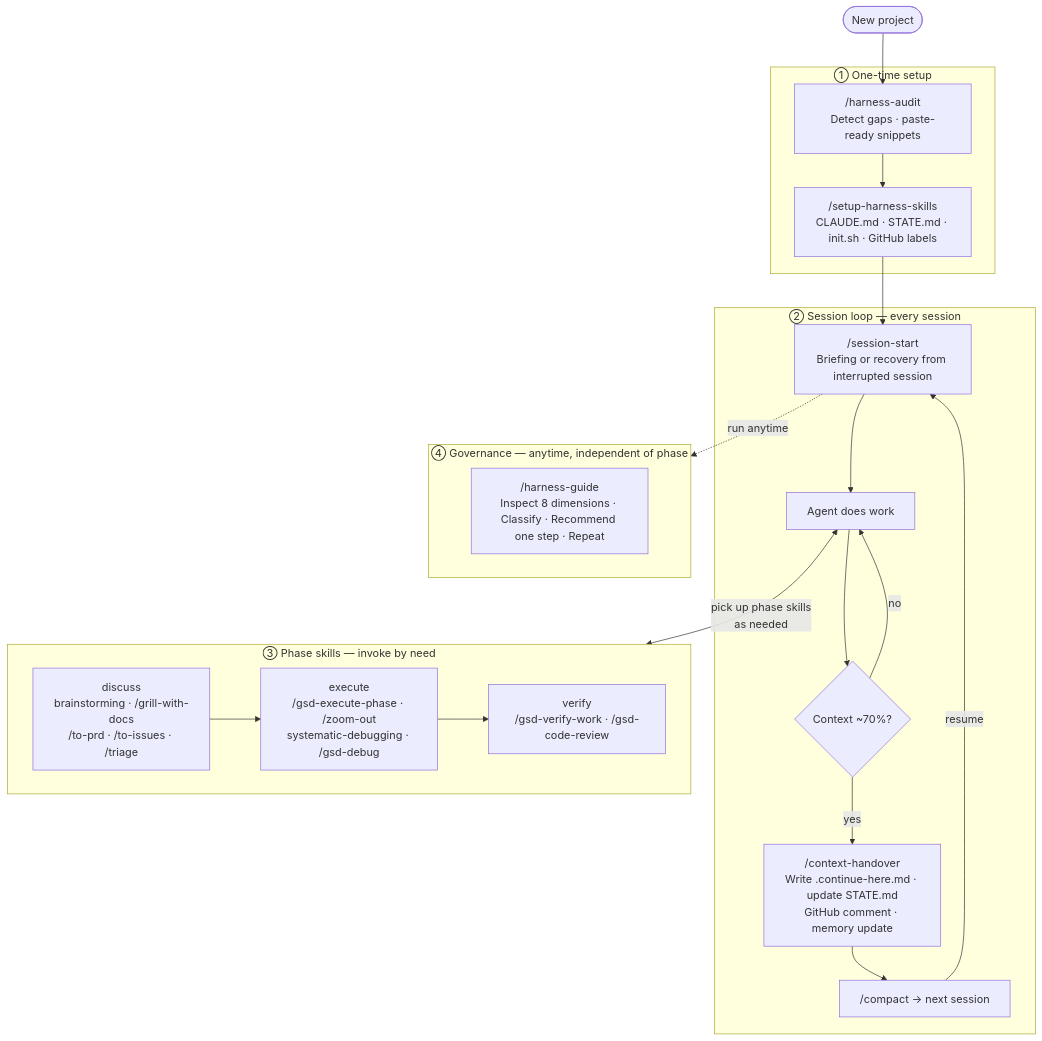
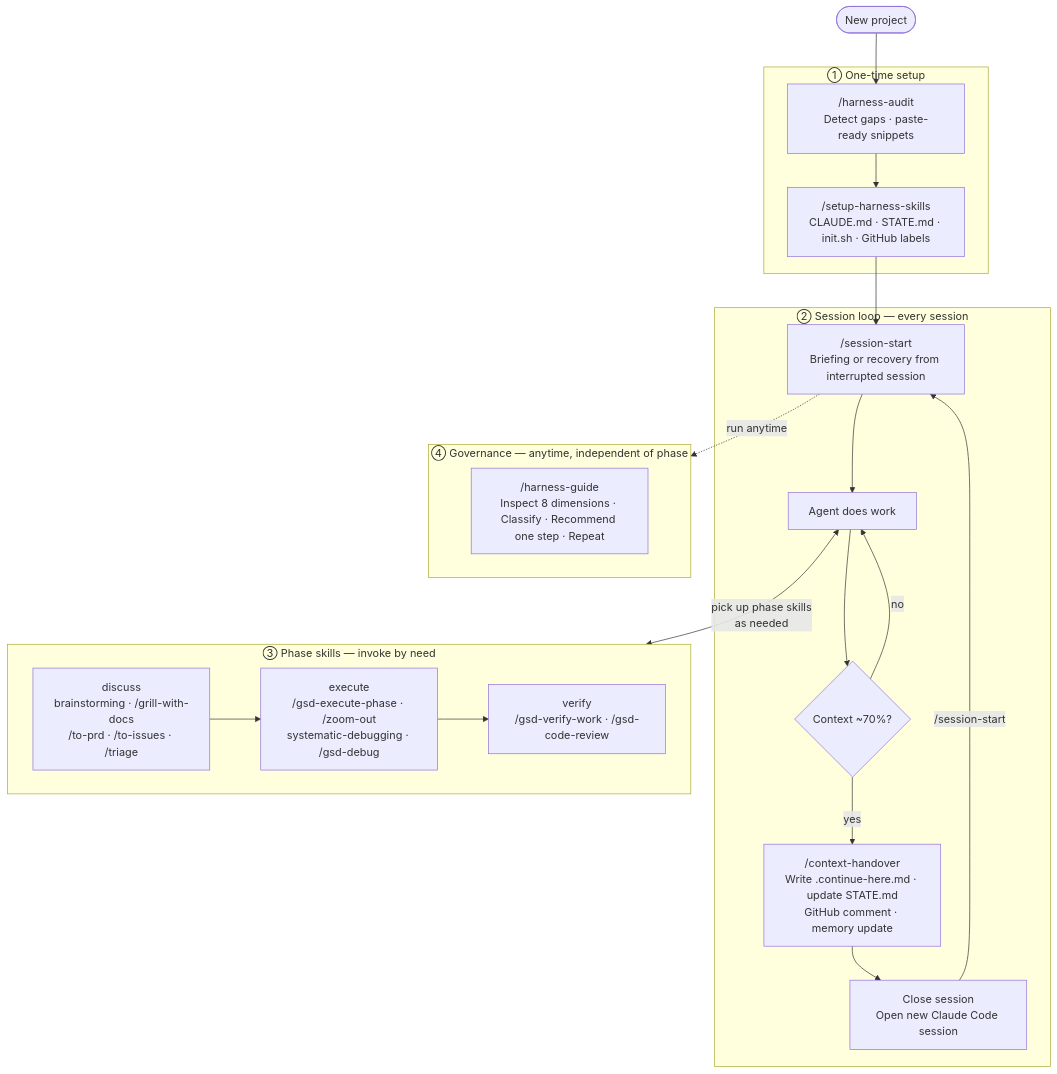
Before and after one commit to ClydeShen/harness-skill: the second of 2 diagrams in README.md, drawn with Mermaid. The commit also changed other lines of this file, not shown here.

````diff
--- a/README.md
+++ b/README.md
@@ -68,36 +142,36 @@
 ```mermaid
 flowchart TD
     A([New project]) --> B
 
     subgraph ONCE["① One-time setup"]
         B["/harness-audit<br/>Detect gaps · paste-ready snippets"]
         B --> C["/setup-harness-skills<br/>CLAUDE.md · STATE.md · init.sh · GitHub labels"]
     end
 
     C --> D
 
     subgraph LOOP["② Session loop — every session"]
         D["/session-start<br/>Briefing or recovery from interrupted session"]
         D --> WORK["Agent does work"]
         WORK --> CTX{"Context ~70%?"}
         CTX -->|yes| HO["/context-handover<br/>Write .continue-here.md · update STATE.md<br/>GitHub comment · memory update"]
-        HO --> COM["/compact → next session"]
-        COM -->|resume| D
+        HO --> COM["Close session<br/>Open new Claude Code session"]
+        COM -->|"/session-start"| D
         CTX -->|no| WORK
     end
 
     subgraph PHASES["③ Phase skills — invoke by need"]
         DISC["discuss<br/>brainstorming · /grill-with-docs<br/>/to-prd · /to-issues · /triage"]
         EXEC["execute<br/>/gsd-execute-phase · /zoom-out<br/>systematic-debugging · /gsd-debug"]
         VER["verify<br/>/gsd-verify-work · /gsd-code-review"]
         DISC --> EXEC --> VER
     end
 
     WORK <-->|"pick up phase skills<br/>as needed"| PHASES
 
     subgraph GOV["④ Governance — anytime, independent of phase"]
         G["/harness-guide<br/>Inspect 8 dimensions · Classify · Recommend one step · Repeat"]
     end
 
     D -.->|"run anytime"| GOV
 ```
````
